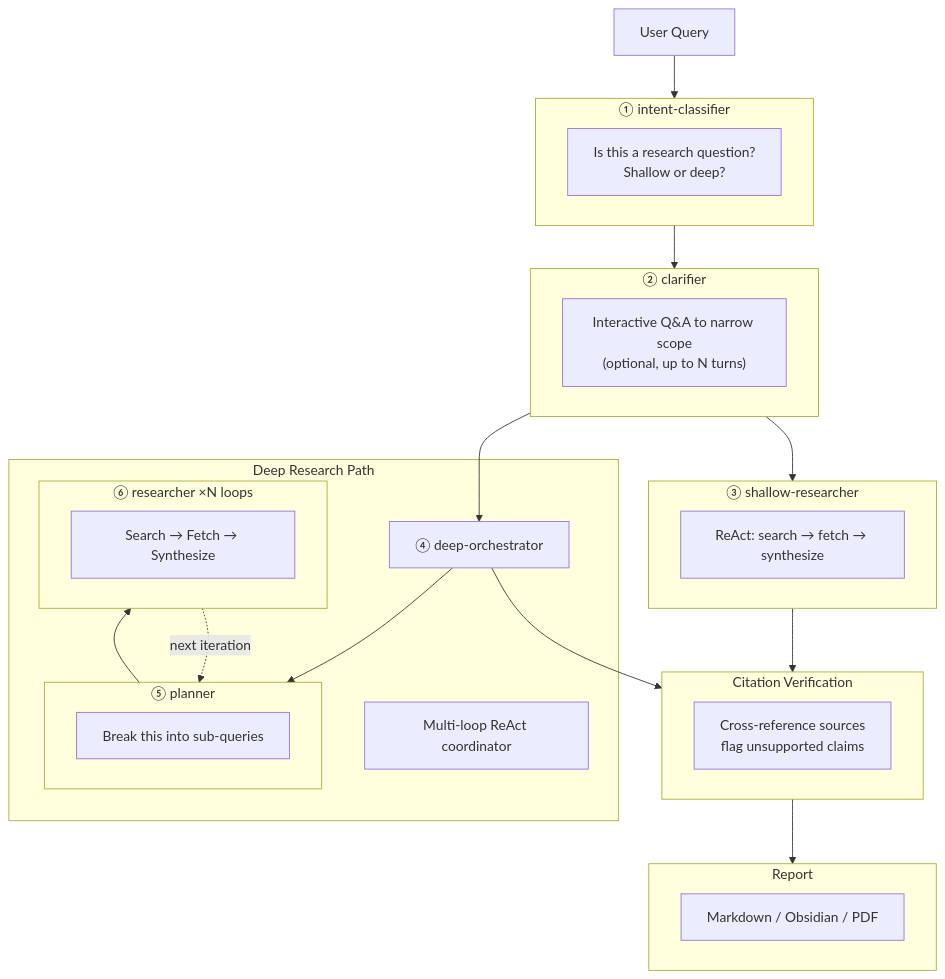
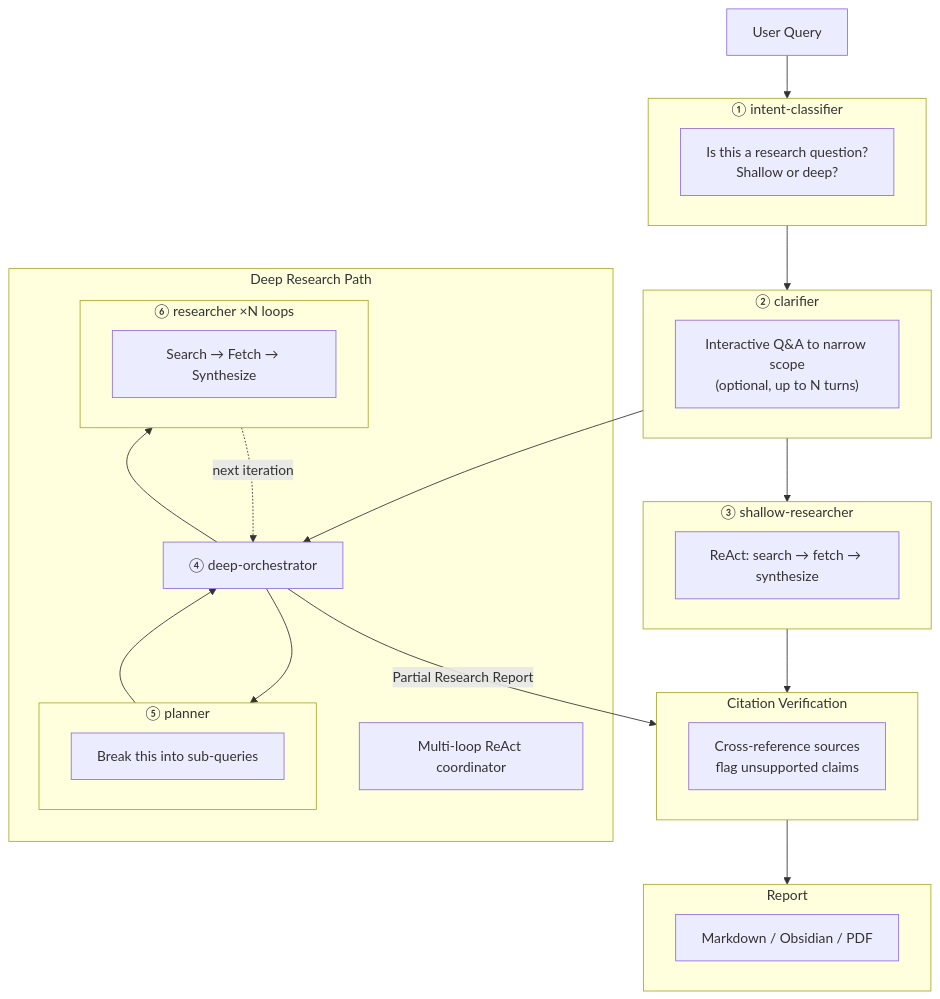
Before and after one commit to skaarfundgandr/muon: the diagram in README.md, drawn with Mermaid.

````diff
--- a/README.md
+++ b/README.md
@@ -74,50 +74,51 @@
 ```mermaid
 flowchart TD
     QUERY["User Query"] --> IC
 
     subgraph IC["① intent-classifier"]
         IC-DESC["Is this a research question?<br/>Shallow or deep?"]
     end
 
     IC --> CL
 
     subgraph CL["② clarifier"]
         CL-DESC["Interactive Q&A to narrow scope<br/>(optional, up to N turns)"]
     end
 
     CL --> SHALLOW
     CL --> DEEP-ORCH
 
     subgraph SHALLOW["③ shallow-researcher"]
         SHALLOW-DESC["ReAct: search → fetch → synthesize"]
     end
 
     subgraph DEEP["Deep Research Path"]
         DEEP-ORCH["④ deep-orchestrator"]
         DEEP-DESC["Multi-loop ReAct coordinator"]
 
         subgraph PLANNER["⑤ planner"]
             PLANNER-DESC["Break this into sub-queries"]
         end
 
         subgraph RESEARCHER["⑥ researcher ×N loops"]
             RESEARCHER-DESC["Search → Fetch → Synthesize"]
         end
 
-        DEEP-ORCH --> PLANNER --> RESEARCHER
-        RESEARCHER -.->|"next iteration"| PLANNER
+        DEEP-ORCH --> PLANNER --> DEEP-ORCH
+        DEEP-ORCH --> RESEARCHER
+        RESEARCHER -.->|"next iteration"| DEEP-ORCH
     end
 
     SHALLOW --> VERIFY
-    DEEP-ORCH --> VERIFY
+    DEEP-ORCH -->|"Partial Research Report"| VERIFY
 
     subgraph VERIFY["Citation Verification"]
         VERIFY-DESC["Cross-reference sources<br/>flag unsupported claims"]
     end
 
     VERIFY --> REPORT
 
     subgraph REPORT["Report"]
         REPORT-FORMATS["Markdown / Obsidian / PDF"]
     end
 ```
````
